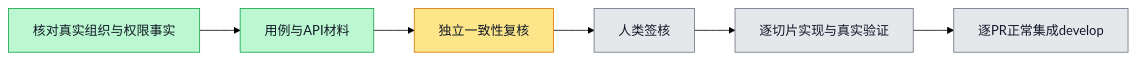
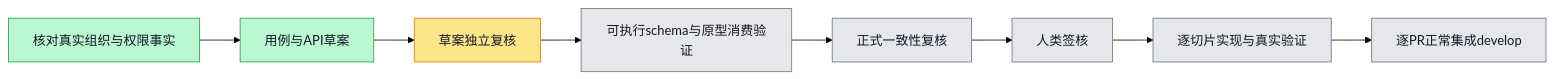
The diagram in phases/phase-21-billing-payment/design-deltas/team-enterprise-v1/execution-plan.md (boardx/workspacex), drawn with Mermaid (forest theme) before and after one commit. The commit also changed other lines of this file and 12 other files, not shown here.

````diff
--- a/phases/phase-21-billing-payment/design-deltas/team-enterprise-v1/execution-plan.md
+++ b/phases/phase-21-billing-payment/design-deltas/team-enterprise-v1/execution-plan.md
@@ -5,16 +5,18 @@
 ```mermaid
 flowchart LR
- S1[核对真实组织与权限事实] --> S2[用例与API材料]
- S2 --> S3[独立一致性复核]
- S3 --> S4[人类签核]
- S4 --> S5[逐切片实现与真实验证]
- S5 --> S6[逐PR正常集成develop]
+ S1[核对真实组织与权限事实] --> S2[用例与API草案]
+ S2 --> S3[草案独立复核]
+ S3 --> S4[可执行schema与原型消费验证]
+ S4 --> S5[正式一致性复核]
+ S5 --> S6[人类签核]
+ S6 --> S7[逐切片实现与真实验证]
+ S7 --> S8[逐PR正常集成develop]
  classDef todo fill:#e5e7eb,stroke:#6b7280,color:#111827
  classDef doing fill:#fde68a,stroke:#d97706,color:#111827
  classDef tested fill:#ddd6fe,stroke:#7c3aed,color:#111827
  classDef done fill:#bbf7d0,stroke:#16a34a,color:#111827
  class S1 done
  class S2 done
  class S3 doing
-class S4,S5,S6 todo
+ class S4,S5,S6,S7,S8 todo
 ```
````
